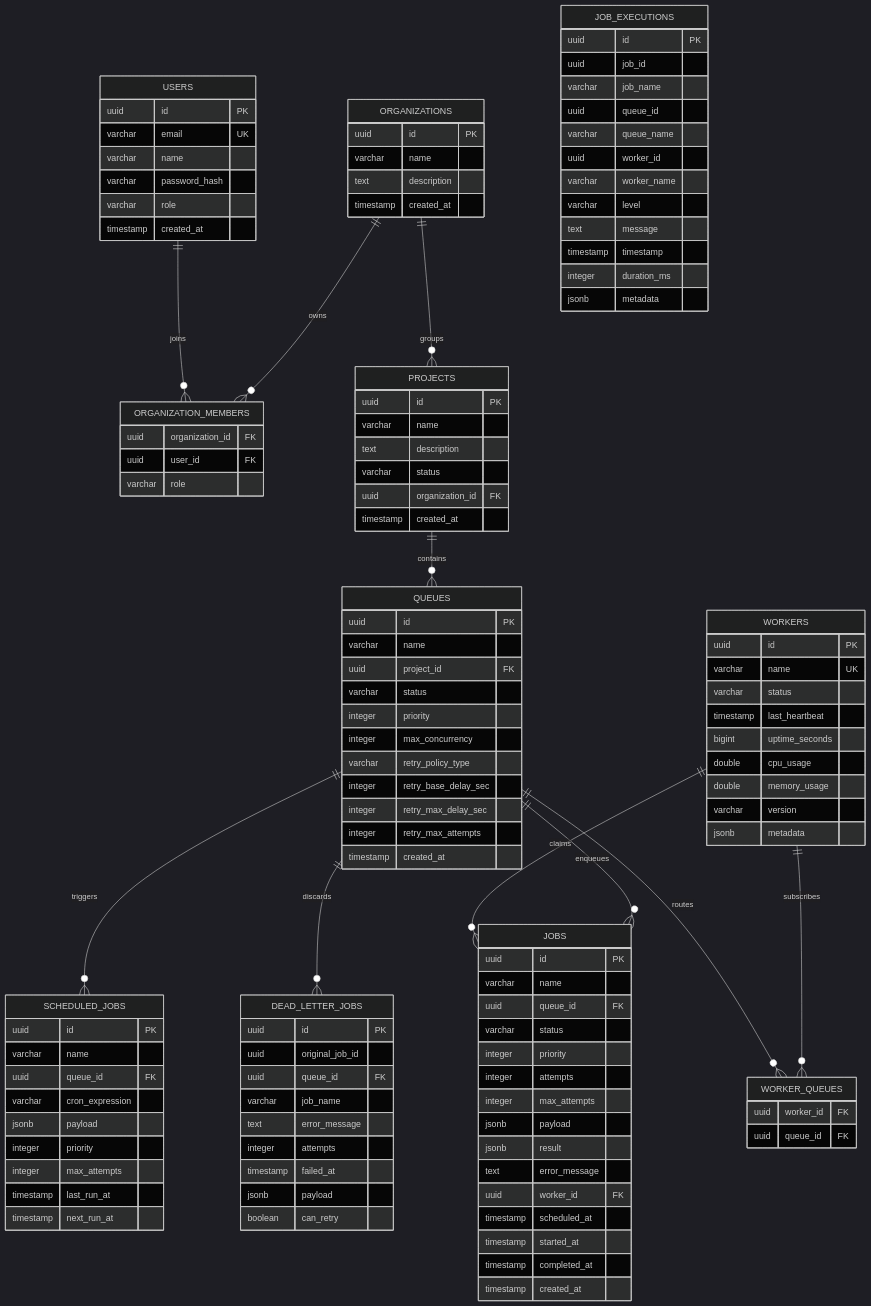
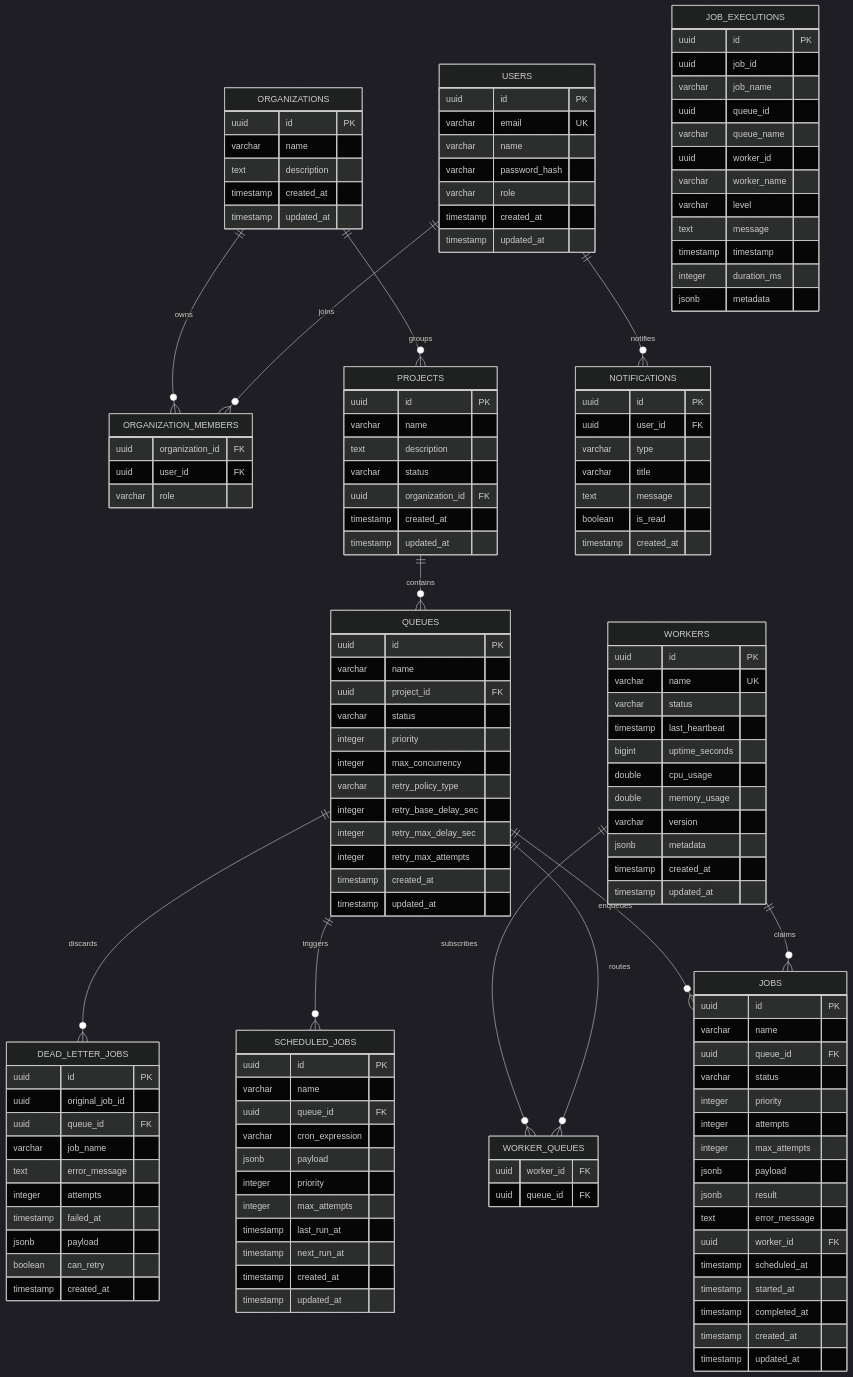
Before and after one commit to SQUADRON-LEADER/Cronix: the first of 2 diagrams in README.md, drawn with Mermaid (dark theme). The commit also changed other lines of this file and 88 other files, not shown here.

Commit message:
Update README and graphify outputs

````diff
--- a/README.md
+++ b/README.md
@@ -146,6 +108,7 @@
         varchar name
         text description
         timestamp created_at
+        timestamp updated_at
     }
     USERS {
         uuid id PK
@@ -154,6 +117,7 @@
         varchar password_hash
         varchar role
         timestamp created_at
+        timestamp updated_at
     }
     ORGANIZATION_MEMBERS {
         uuid organization_id FK
@@ -167,6 +131,7 @@
         varchar status
         uuid organization_id FK
         timestamp created_at
+        timestamp updated_at
     }
     QUEUES {
         uuid id PK
@@ -180,6 +145,20 @@
         integer retry_max_delay_sec
         integer retry_max_attempts
         timestamp created_at
+        timestamp updated_at
+    }
+    WORKERS {
+        uuid id PK
+        varchar name UK
+        varchar status
+        timestamp last_heartbeat
+        bigint uptime_seconds
+        double cpu_usage
+        double memory_usage
+        varchar version
+        jsonb metadata
+        timestamp created_at
+        timestamp updated_at
     }
     JOBS {
         uuid id PK
@@ -197,6 +176,7 @@
         timestamp started_at
         timestamp completed_at
         timestamp created_at
+        timestamp updated_at
     }
     SCHEDULED_JOBS {
         uuid id PK
@@ -208,6 +188,8 @@
         integer max_attempts
         timestamp last_run_at
         timestamp next_run_at
+        timestamp created_at
+        timestamp updated_at
     }
     DEAD_LETTER_JOBS {
         uuid id PK
@@ -219,17 +201,7 @@
         timestamp failed_at
         jsonb payload
         boolean can_retry
-    }
-    WORKERS {
-        uuid id PK
-        varchar name UK
-        varchar status
-        timestamp last_heartbeat
-        bigint uptime_seconds
-        double cpu_usage
-        double memory_usage
-        varchar version
-        jsonb metadata
+        timestamp created_at
     }
     WORKER_QUEUES {
         uuid worker_id FK
@@ -249,6 +221,15 @@
         integer duration_ms
         jsonb metadata
     }
+    NOTIFICATIONS {
+        uuid id PK
+        uuid user_id FK
+        varchar type
+        varchar title
+        text message
+        boolean is_read
+        timestamp created_at
+    }
 
     ORGANIZATIONS ||--o{ ORGANIZATION_MEMBERS : owns
     USERS ||--o{ ORGANIZATION_MEMBERS : joins
@@ -260,4 +241,5 @@
     WORKERS ||--o{ WORKER_QUEUES : subscribes
     QUEUES ||--o{ WORKER_QUEUES : routes
     WORKERS ||--o{ JOBS : claims
+    USERS ||--o{ NOTIFICATIONS : notifies
 ```
````
